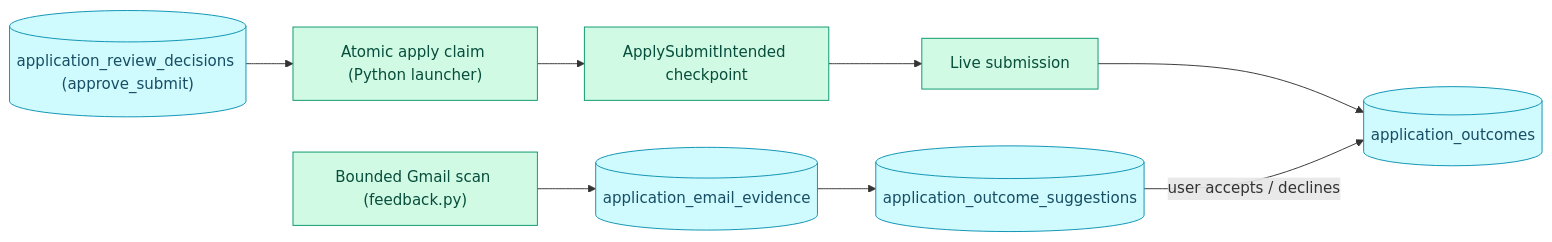
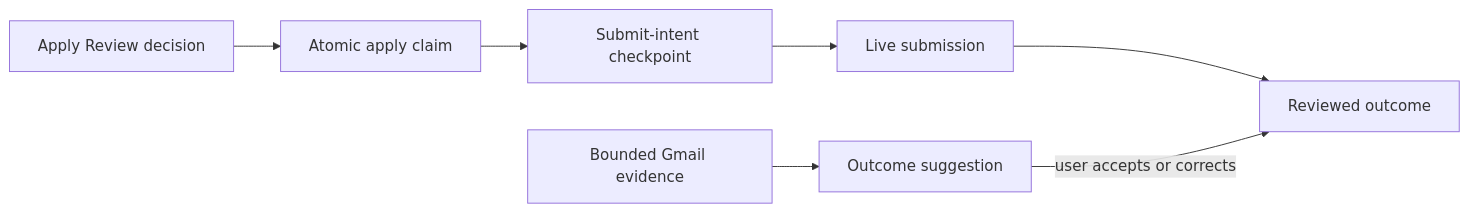
Before and after one commit to ebarti/JobCtrl: the second of 2 diagrams in docs/architecture/read-model.md, drawn with Mermaid. The commit also changed other lines of this file and 46 other files, not shown here.

````diff
--- a/docs/architecture/read-model.md
+++ b/docs/architecture/read-model.md
@@ -33,15 +35,12 @@
 ```mermaid
 flowchart LR
-    RD[("application_review_decisions (approve_submit)")] --> CLAIM["Atomic apply claim (Python launcher)"]
-    CLAIM --> INTENT["ApplySubmitIntended checkpoint"]
+    REVIEW["Apply Review decision"] --> CLAIM["Atomic apply claim"]
+    CLAIM --> INTENT["Submit-intent checkpoint"]
     INTENT --> SUBMIT["Live submission"]
-    SUBMIT --> OUT[("application_outcomes")]
-    GM["Bounded Gmail scan (feedback.py)"] --> EVID[("application_email_evidence")]
-    EVID --> SUG[("application_outcome_suggestions")]
-    SUG -->|"user accepts / declines"| OUT
+    SUBMIT --> OUTCOME["Reviewed outcome"]
+    GMAIL["Bounded Gmail evidence"] --> SUGGEST["Outcome suggestion"]
+    SUGGEST -->|user accepts or corrects| OUTCOME
 
-    classDef py fill:#d1fae5,stroke:#059669,color:#064e3b
-    classDef store fill:#cffafe,stroke:#0891b2,color:#164e63
-    class CLAIM,INTENT,SUBMIT,GM py
-    class RD,OUT,EVID,SUG store
+    class CLAIM,INTENT,SUBMIT,GMAIL py
+    class REVIEW,OUTCOME,SUGGEST store
 ```
````
